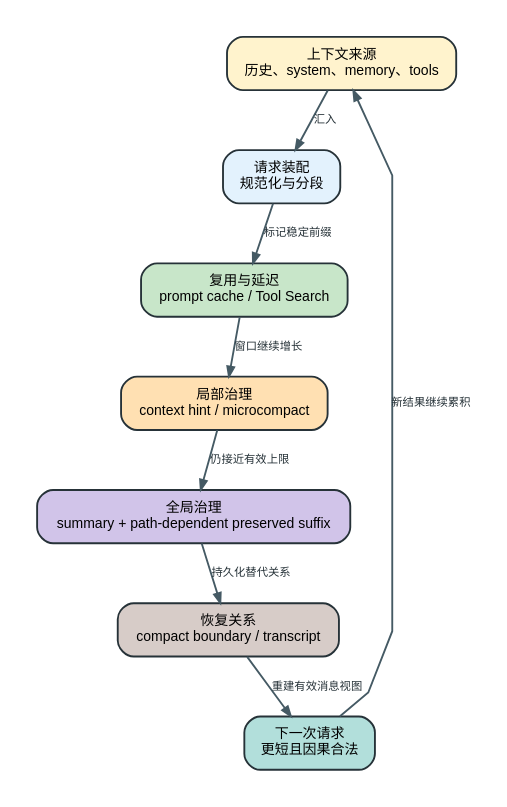
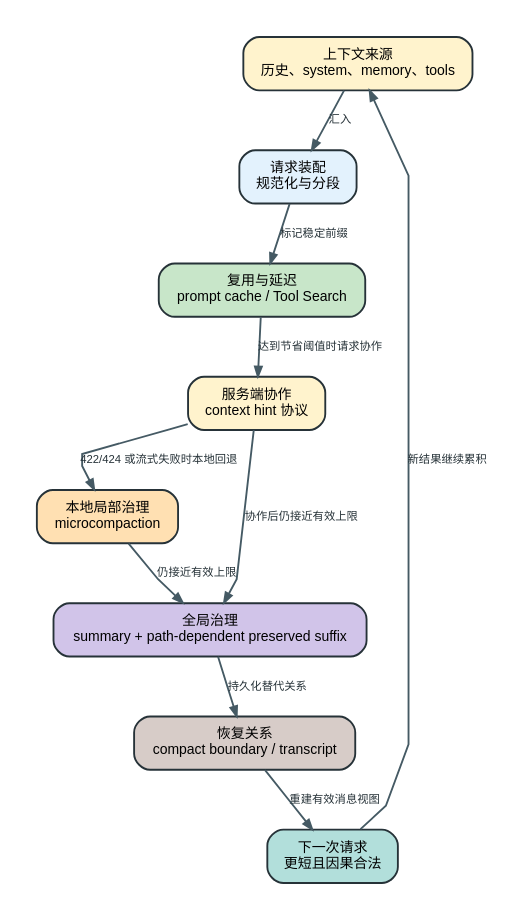
The diagram in analysis/visuals/context-control-lifecycle.dot (SwallOwDili/claudecodecli-sourcecode), drawn with Graphviz before and after one commit. The commit also changed 46 other files, not shown here.

```diff
--- a/analysis/visuals/context-control-lifecycle.dot
+++ b/analysis/visuals/context-control-lifecycle.dot
@@ -1,21 +1,24 @@
 digraph context_control_lifecycle {
   graph [rankdir=TB, bgcolor="#ffffff", pad="0.28", nodesep="0.28", ranksep="0.48", splines=polyline, fontname="Arial, PingFang SC, Microsoft YaHei"];
   node [shape=box, style="rounded,filled", color="#263238", penwidth=1.4, margin="0.16,0.11", fontname="Arial, PingFang SC, Microsoft YaHei", fontsize=10.5];
   edge [color="#455a64", penwidth=1.4, arrowsize=0.75, fontname="Arial, PingFang SC, Microsoft YaHei", fontsize=8.5, fontcolor="#263238"];
 
   sources [label="上下文来源\n历史、system、memory、tools", fillcolor="#fff3cd"];
   assemble [label="请求装配\n规范化与分段", fillcolor="#e3f2fd"];
   reuse [label="复用与延迟\nprompt cache / Tool Search", fillcolor="#c8e6c9"];
-  trim [label="局部治理\ncontext hint / microcompact", fillcolor="#ffe0b2"];
+  hint [label="服务端协作\ncontext hint 协议", fillcolor="#fff3cd"];
+  trim [label="本地局部治理\nmicrocompaction", fillcolor="#ffe0b2"];
   compact [label="全局治理\nsummary + path-dependent preserved suffix", fillcolor="#d1c4e9"];
   boundary [label="恢复关系\ncompact boundary / transcript", fillcolor="#d7ccc8"];
   next [label="下一次请求\n更短且因果合法", fillcolor="#b2dfdb"];
 
   sources -> assemble [label="汇入"];
   assemble -> reuse [label="标记稳定前缀"];
-  reuse -> trim [label="窗口继续增长"];
+  reuse -> hint [label="达到节省阈值时请求协作"];
+  hint -> trim [label="422/424 或流式失败时本地回退"];
+  hint -> compact [label="协作后仍接近有效上限"];
   trim -> compact [label="仍接近有效上限"];
   compact -> boundary [label="持久化替代关系"];
   boundary -> next [label="重建有效消息视图"];
   next -> sources [label="新结果继续累积"];
 }
```
